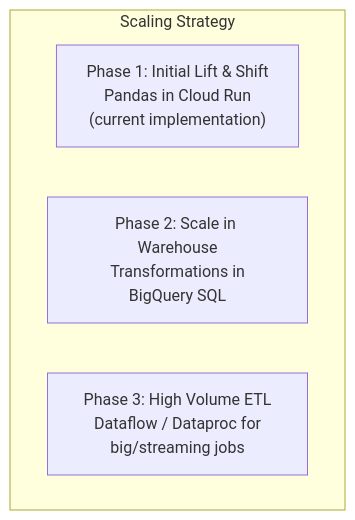
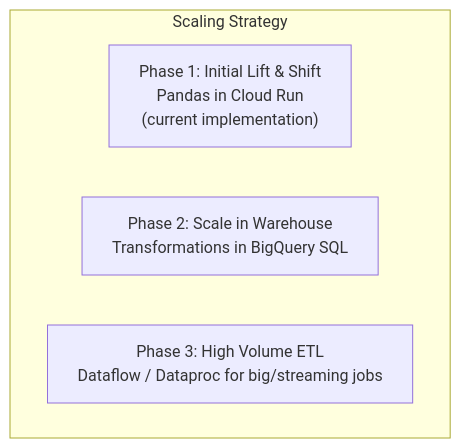
Before and after one commit to arthurlouieferrari-dot/supermarket-etl-gcp: the diagram in scaling_strategy.md, drawn with Mermaid.

````diff
--- a/scaling_strategy.md
+++ b/scaling_strategy.md
@@ -1,8 +1,8 @@
 ```mermaid
 flowchart TB
     subgraph Scale [Scaling Strategy]
-        A["Phase 1: Initial Lift & Shift<br/> Pandas in Cloud Run<br/>(current implementation)"]:::wide
-        B["Phase 2: Scale in Warehouse<br/> Transformations in BigQuery SQL"]:::wide
-        C["Phase 3: High Volume ETL<br/> Dataflow / Dataproc for big/streaming jobs"]:::wide
+        A["<span style='white-space:nowrap'>Phase 1: Initial Lift & Shift<br/> Pandas in Cloud Run<br/>(current implementation)"]:::wide
+        B["<span style='white-space:nowrap'>Phase 2: Scale in Warehouse<br/> Transformations in BigQuery SQL"]:::wide
+        C["<span style='white-space:nowrap'>Phase 3: High Volume ETL<br/> Dataflow / Dataproc for big/streaming jobs"]:::wide
     end
 ```
````
